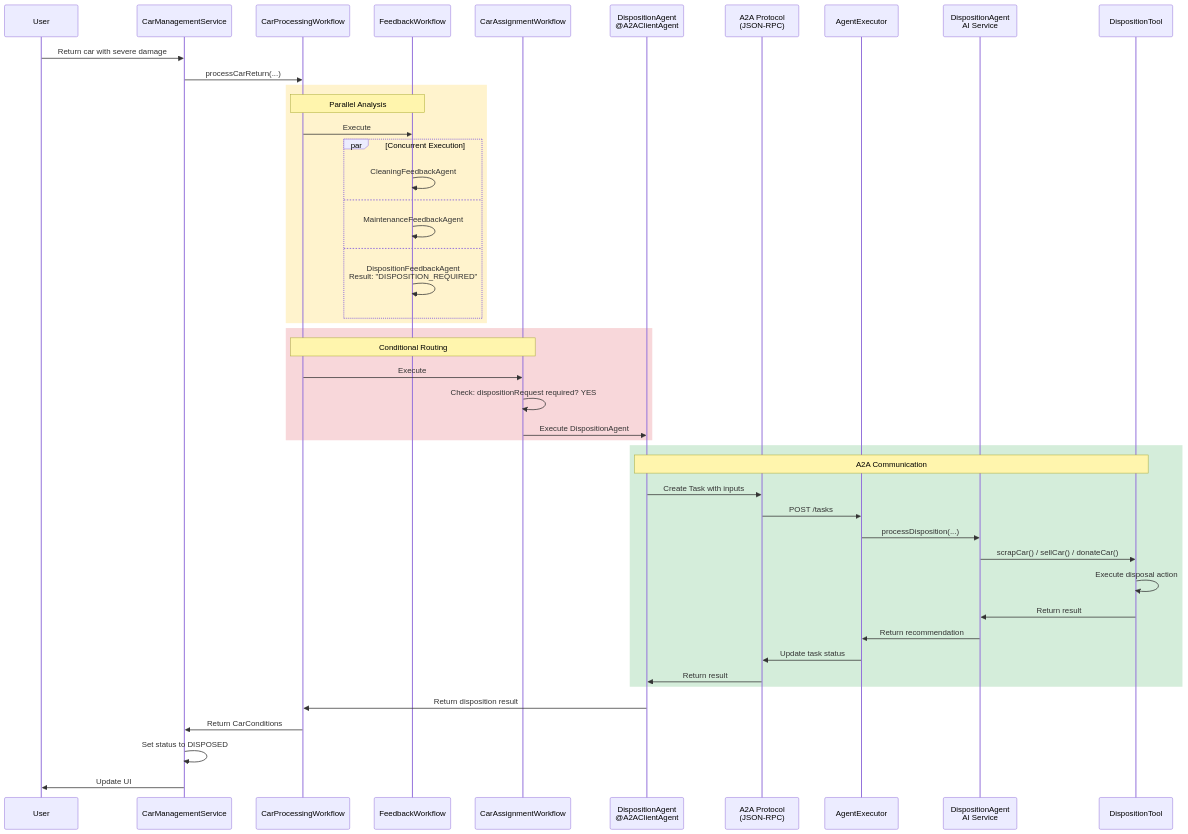
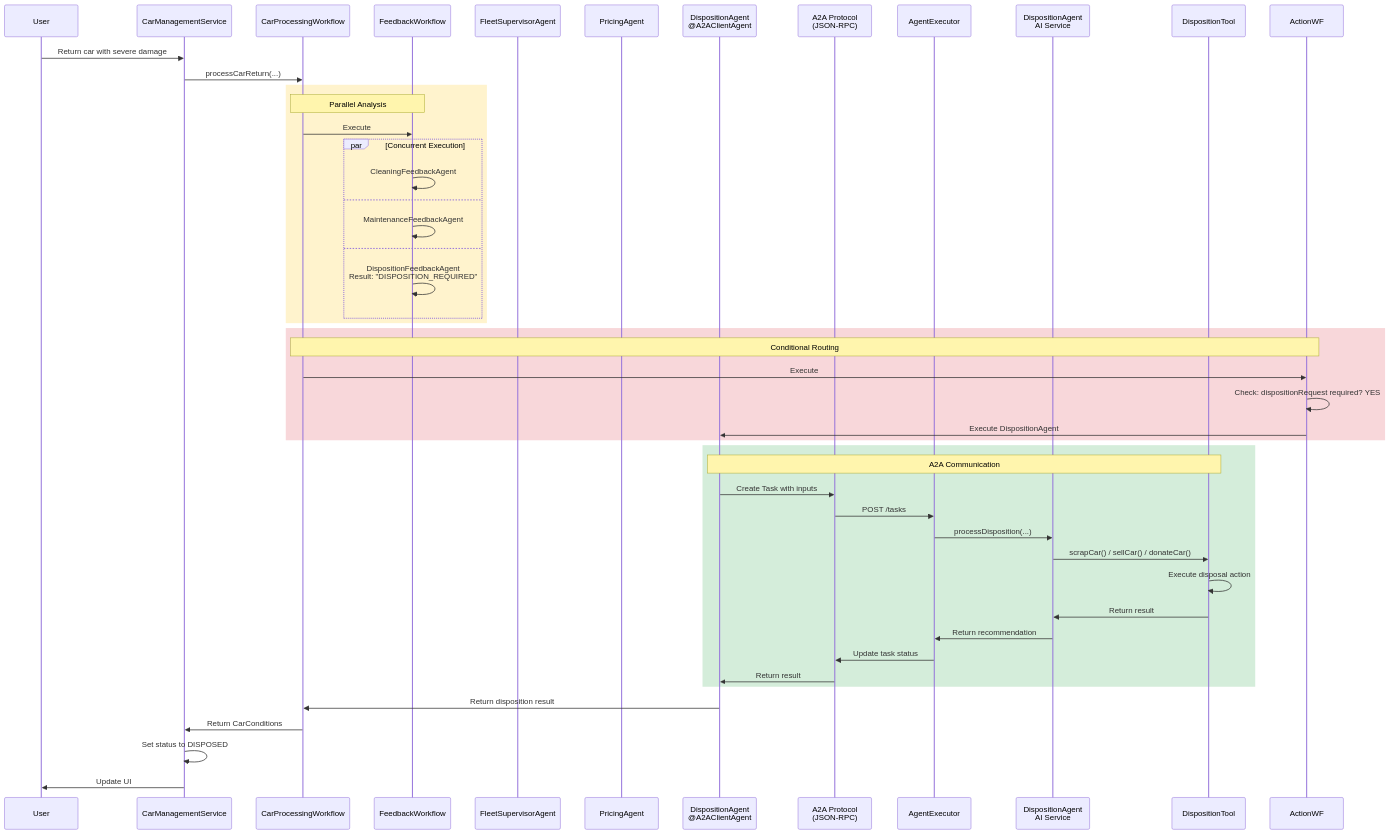
One commit to quarkusio/quarkus-workshop-langchain4j changed the fourth of 4 diagrams in docs/docs/section-2/step-05.md. Above: the diagram before and after it, drawn with Mermaid. The commit also changed other lines of this file and 12 other files, not shown here.

````diff
--- a/docs/docs/section-2/step-05.md
+++ b/docs/docs/section-2/step-05.md
@@ -779,53 +619,54 @@
 ```mermaid
 sequenceDiagram
     participant User
     participant Service as CarManagementService
     participant Workflow as CarProcessingWorkflow
     participant FeedbackWF as FeedbackWorkflow
-    participant ActionWF as CarAssignmentWorkflow
+    participant Supervisor as FleetSupervisorAgent
+    participant Pricing as PricingAgent
     participant Client as DispositionAgent<br/>@A2AClientAgent
     participant A2A as A2A Protocol<br/>(JSON-RPC)
     participant Executor as AgentExecutor
     participant Remote as DispositionAgent<br/>AI Service
     participant Tool as DispositionTool
 
     User->>Service: Return car with severe damage
     Service->>Workflow: processCarReturn(...)
 
     rect rgb(255, 243, 205)
     Note over Workflow,FeedbackWF: Parallel Analysis
     Workflow->>FeedbackWF: Execute
     par Concurrent Execution
         FeedbackWF->>FeedbackWF: CleaningFeedbackAgent
     and
         FeedbackWF->>FeedbackWF: MaintenanceFeedbackAgent
     and
         FeedbackWF->>FeedbackWF: DispositionFeedbackAgent<br/>Result: "DISPOSITION_REQUIRED"
     end
     end
 
     rect rgb(248, 215, 218)
     Note over Workflow,ActionWF: Conditional Routing
     Workflow->>ActionWF: Execute
     ActionWF->>ActionWF: Check: dispositionRequest required? YES
     ActionWF->>Client: Execute DispositionAgent
     end
 
     rect rgb(212, 237, 218)
     Note over Client,Tool: A2A Communication
     Client->>A2A: Create Task with inputs
     A2A->>Executor: POST /tasks
     Executor->>Remote: processDisposition(...)
     Remote->>Tool: scrapCar() / sellCar() / donateCar()
     Tool->>Tool: Execute disposal action
     Tool->>Remote: Return result
     Remote->>Executor: Return recommendation
     Executor->>A2A: Update task status
     A2A->>Client: Return result
     end
 
     Client->>Workflow: Return disposition result
     Workflow->>Service: Return CarConditions
     Service->>Service: Set status to DISPOSED
     Service->>User: Update UI
 ```
````
